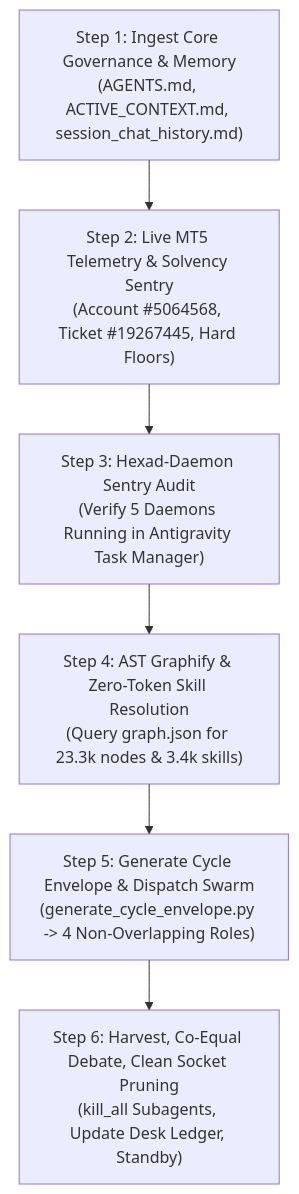
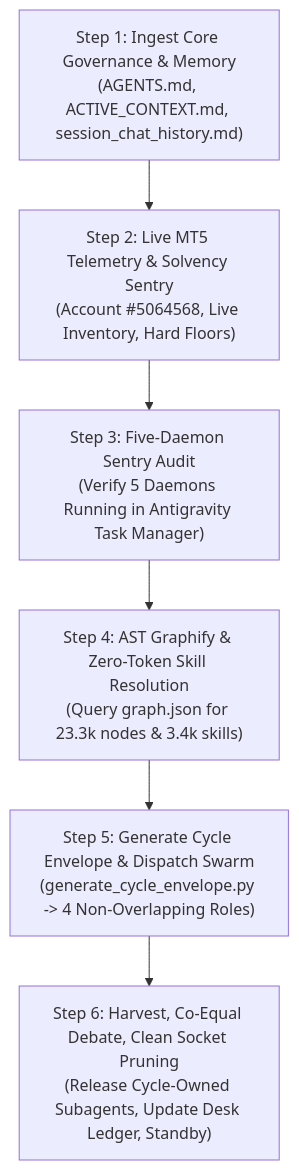
Before and after one commit to kbsingh1399/Trading_2: the diagram in Data/Manditory/ACCOUNT_SWITCH_BOOTSTRAP_PROTOCOL.md, drawn with Mermaid. The commit also changed other lines of this file and 47 other files, not shown here.

````diff
--- a/Data/Manditory/ACCOUNT_SWITCH_BOOTSTRAP_PROTOCOL.md
+++ b/Data/Manditory/ACCOUNT_SWITCH_BOOTSTRAP_PROTOCOL.md
@@ -25,11 +25,11 @@
 ```mermaid
 flowchart TD
     Step1["Step 1: Ingest Core Governance & Memory<br/>(AGENTS.md, ACTIVE_CONTEXT.md, session_chat_history.md)"]
-    Step2["Step 2: Live MT5 Telemetry & Solvency Sentry<br/>(Account #5064568, Ticket #19267445, Hard Floors)"]
-    Step3["Step 3: Hexad-Daemon Sentry Audit<br/>(Verify 5 Daemons Running in Antigravity Task Manager)"]
+    Step2["Step 2: Live MT5 Telemetry & Solvency Sentry<br/>(Account #5064568, Live Inventory, Hard Floors)"]
+    Step3["Step 3: Five-Daemon Sentry Audit<br/>(Verify 5 Daemons Running in Antigravity Task Manager)"]
     Step4["Step 4: AST Graphify & Zero-Token Skill Resolution<br/>(Query graph.json for 23.3k nodes & 3.4k skills)"]
     Step5["Step 5: Generate Cycle Envelope & Dispatch Swarm<br/>(generate_cycle_envelope.py -> 4 Non-Overlapping Roles)"]
-    Step6["Step 6: Harvest, Co-Equal Debate, Clean Socket Pruning<br/>(kill_all Subagents, Update Desk Ledger, Standby)"]
+    Step6["Step 6: Harvest, Co-Equal Debate, Clean Socket Pruning<br/>(Release Cycle-Owned Subagents, Update Desk Ledger, Standby)"]
 
     Step1 --> Step2 --> Step3 --> Step4 --> Step5 --> Step6
 ```
````
